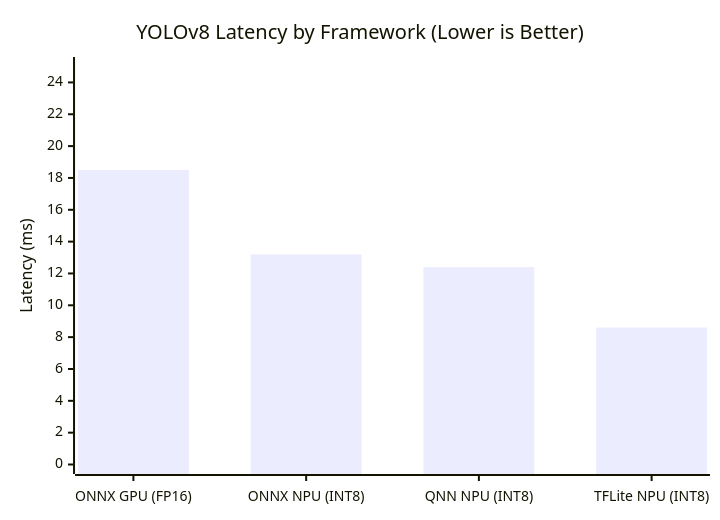
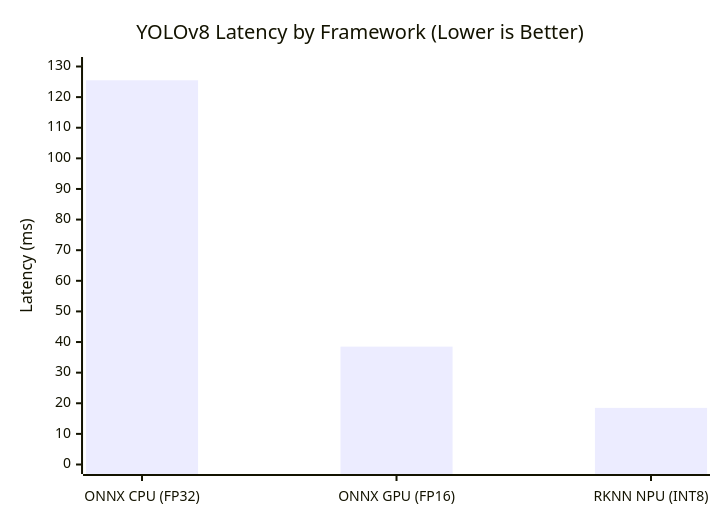
Before and after one commit to zok213/DAT1: the second of 5 diagrams in README.md, drawn with Mermaid. The commit also changed other lines of this file and 3 other files, not shown here.

````diff
--- a/README.md
+++ b/README.md
@@ -27,7 +25,7 @@
 ```mermaid
 xychart-beta
     title "YOLOv8 Latency by Framework (Lower is Better)"
-    x-axis ["ONNX GPU (FP16)", "ONNX NPU (INT8)", "QNN NPU (INT8)", "TFLite NPU (INT8)"]
-    y-axis "Latency (ms)" 0 --> 25
-    bar [18.5, 13.2, 12.4, 8.6]
+    x-axis ["ONNX CPU (FP32)", "ONNX GPU (FP16)", "RKNN NPU (INT8)"]
+    y-axis "Latency (ms)" 0 --> 130
+    bar [125.5, 38.5, 18.5]
 ```
````
